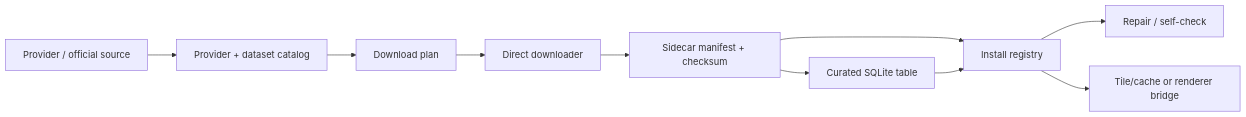
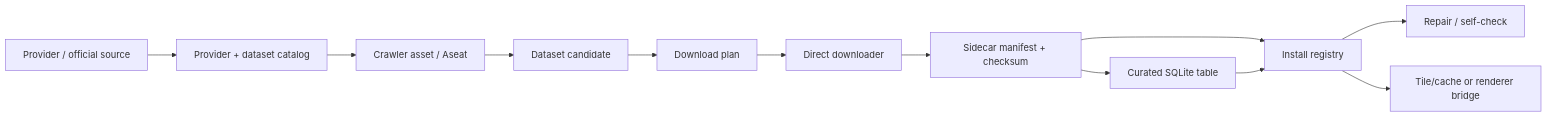
Before and after one commit to YanAnnLu/APIkeys_collection: the first of 3 diagrams in docs/ARCHITECTURE.md, drawn with Mermaid. The commit also changed other lines of this file and 7 other files, not shown here.

Commit message:
Document crawler asset concept

````diff
--- a/docs/ARCHITECTURE.md
+++ b/docs/ARCHITECTURE.md
@@ -23,22 +23,26 @@
 ```mermaid
 flowchart LR
     Provider[Provider / official source]
     Catalog[Provider + dataset catalog]
+    CrawlerAsset[Crawler asset / Aseat]
+    Candidate[Dataset candidate]
     Plan[Download plan]
     Download[Direct downloader]
     Manifest[Sidecar manifest + checksum]
     Registry[Install registry]
     Curated[Curated SQLite table]
     Repair[Repair / self-check]
     Renderer[Tile/cache or renderer bridge]
 
     Provider --> Catalog
-    Catalog --> Plan
+    Catalog --> CrawlerAsset
+    CrawlerAsset --> Candidate
+    Candidate --> Plan
     Plan --> Download
     Download --> Manifest
     Manifest --> Registry
     Manifest --> Curated
     Curated --> Registry
     Registry --> Repair
     Registry --> Renderer
 ```
````
